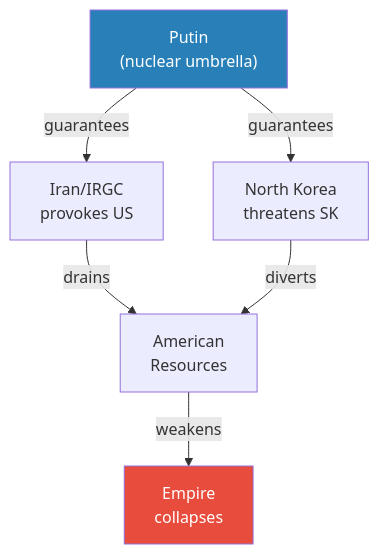
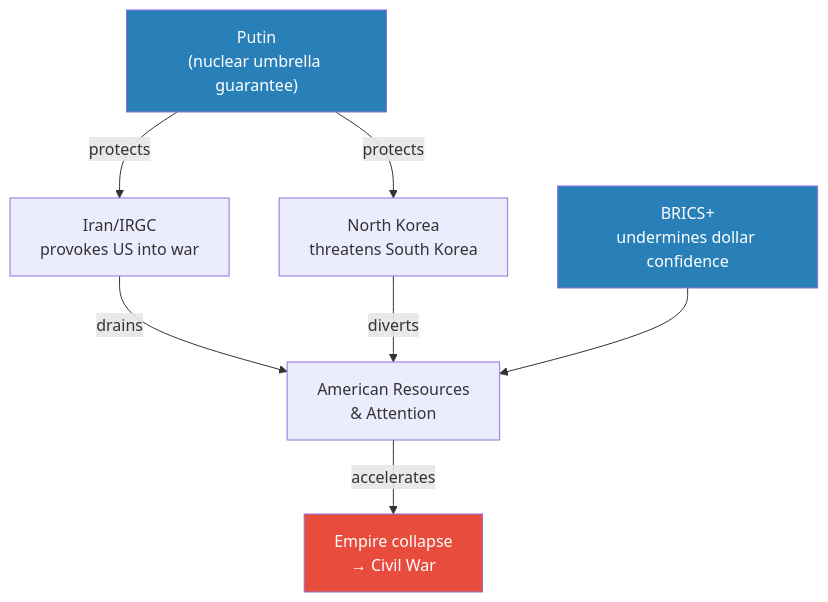
Before and after one commit to alius33/reader: the third of 11 diagrams in summaries/Lectures/Geo-Strategy/10 - Putin's Strategic Imagination.md, drawn with Mermaid. The commit also changed other lines of this file and 26 other files, not shown here.

````diff
--- a/summaries/Lectures/Geo-Strategy/10 - Putin's Strategic Imagination.md
+++ b/summaries/Lectures/Geo-Strategy/10 - Putin's Strategic Imagination.md
@@ -232,11 +174,13 @@
 ```mermaid
 flowchart TB
-    PU["Putin<br/>(nuclear umbrella)"]
-    PU --> |"guarantees"| IR["Iran/IRGC<br/>provokes US"]
-    PU --> |"guarantees"| NK["North Korea<br/>threatens SK"]
-    IR --> |"drains"| US["American<br/>Resources"]
+    PU["Putin<br/>(nuclear umbrella guarantee)"]
+    PU --> |"protects"| IR["Iran/IRGC<br/>provokes US into war"]
+    PU --> |"protects"| NK["North Korea<br/>threatens South Korea"]
+    IR --> |"drains"| US["American Resources<br/>& Attention"]
     NK --> |"diverts"| US
-    US --> |"weakens"| EMP["Empire<br/>collapses"]
+    BR["BRICS+<br/>undermines dollar confidence"] --> US
+    US --> |"accelerates"| EMP["Empire collapse<br/>→ Civil War"]
     style PU fill:#2980b9,color:#fff
     style EMP fill:#e74c3c,color:#fff
+    style BR fill:#2980b9,color:#fff
 ```
````
